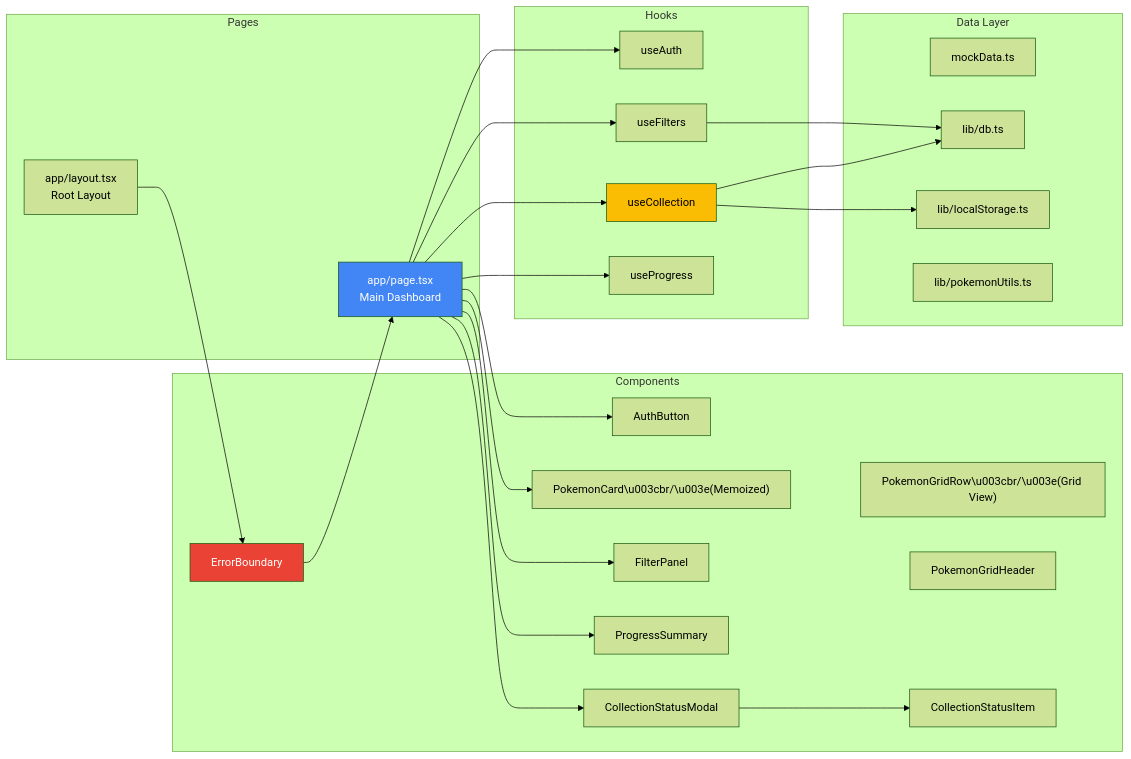
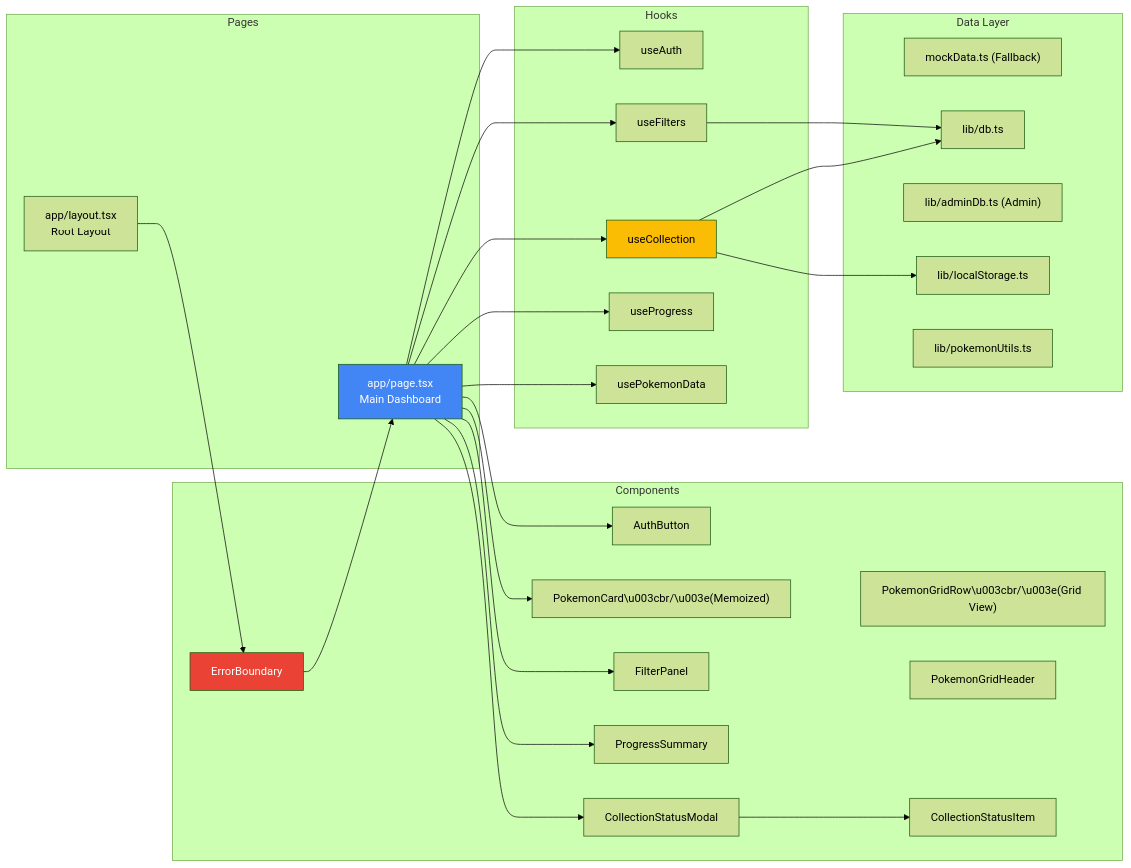
Before and after one commit to Kujo-n/pokesleepfaces: the second of 13 diagrams in docs/3_architecture.md, drawn with Mermaid (forest theme). The commit also changed other lines of this file and 6 other files, not shown here.

````diff
--- a/docs/3_architecture.md
+++ b/docs/3_architecture.md
@@ -40,56 +40,59 @@
  ```mermaid
  graph LR
      subgraph "Pages"
          Page[app/page.tsx<br/>Main Dashboard]
          Layout[app/layout.tsx<br/>Root Layout]
      end
      
      subgraph "Components"
          AuthBtn[AuthButton]
          PokemonCard["PokemonCard\u003cbr/\u003e(Memoized)"]
          PokemonGridRow["PokemonGridRow\u003cbr/\u003e(Grid View)"]
          PokemonGridHeader[PokemonGridHeader]
          FilterPanel[FilterPanel]
          ProgressSummary[ProgressSummary]
          StatusModal[CollectionStatusModal]
          StatusItem[CollectionStatusItem]
          ErrorBoundary[ErrorBoundary]
      end
      
      subgraph "Hooks"
          useAuth[useAuth]
          useCollection[useCollection]
          useFilters[useFilters]
          useProgress[useProgress]
+         usePokemonData[usePokemonData]
      end
      
      subgraph "Data Layer"
-         MockData[mockData.ts]
+         MockData["mockData.ts (Fallback)"]
          DB[lib/db.ts]
+         AdminDB["lib/adminDb.ts (Admin)"]
          LocalStore[lib/localStorage.ts]
          PokemonUtils[lib/pokemonUtils.ts]
      end
      
      Layout --> ErrorBoundary
      ErrorBoundary --> Page
      
      Page --> useAuth
      Page --> useCollection
      Page --> useFilters
      Page --> useProgress
+     Page --> usePokemonData
      
      Page --> AuthBtn
      Page --> PokemonCard
      Page --> FilterPanel
      Page --> ProgressSummary
      Page --> StatusModal
      StatusModal --> StatusItem
      
      useCollection --> DB
      useCollection --> LocalStore
      useFilters --> DB
      
      style Page fill:#4285f4,color:#fff
      style ErrorBoundary fill:#ea4335,color:#fff
      style useCollection fill:#fbbc04,color:#000
  ```
````
